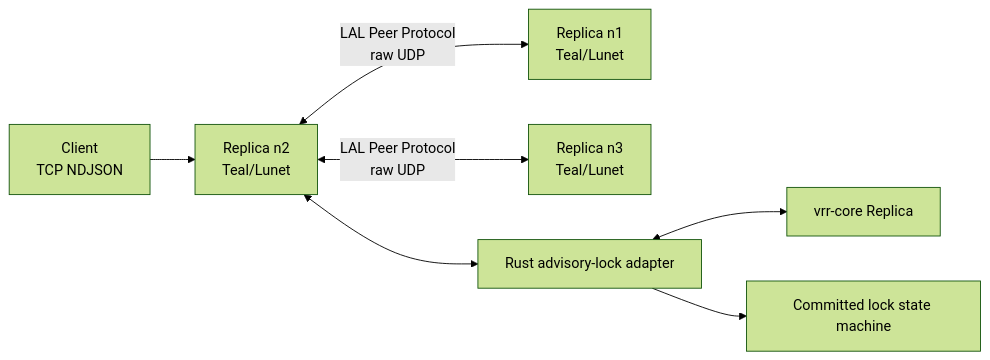
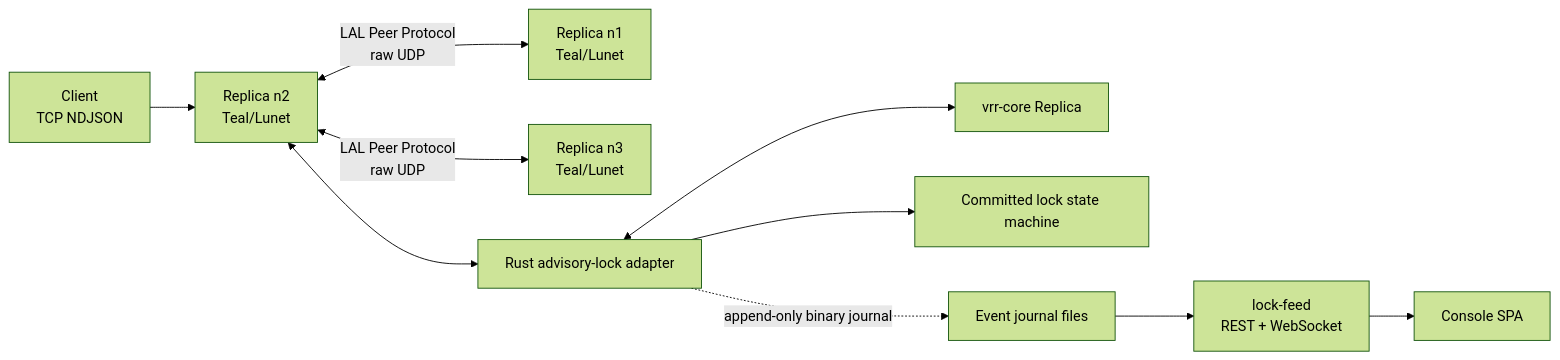
Before and after one commit to lua-lunet/lunet-locks: the first of 3 diagrams in docs/src/architecture.md, drawn with Mermaid (forest theme). The commit also changed other lines of this file and 2 other files, not shown here.

Commit message:
Docs as-at-release for the lock-event journal and console feed

````diff
--- a/docs/src/architecture.md
+++ b/docs/src/architecture.md
@@ -14,9 +14,12 @@
 ```mermaid
 flowchart LR
     C[Client\nTCP NDJSON] --> R1[Replica n2\nTeal/Lunet]
     R1 <-->|LAL Peer Protocol\nraw UDP| R2[Replica n1\nTeal/Lunet]
     R1 <-->|LAL Peer Protocol\nraw UDP| R3[Replica n3\nTeal/Lunet]
     R1 <--> A[Rust advisory-lock adapter]
     A <--> V[vrr-core Replica]
     A --> L[Committed lock state machine]
+    A -.->|append-only binary journal| J[Event journal files]
+    J --> LF[lock-feed\nREST + WebSocket]
+    LF --> SPA[Console SPA]
 ```
````
